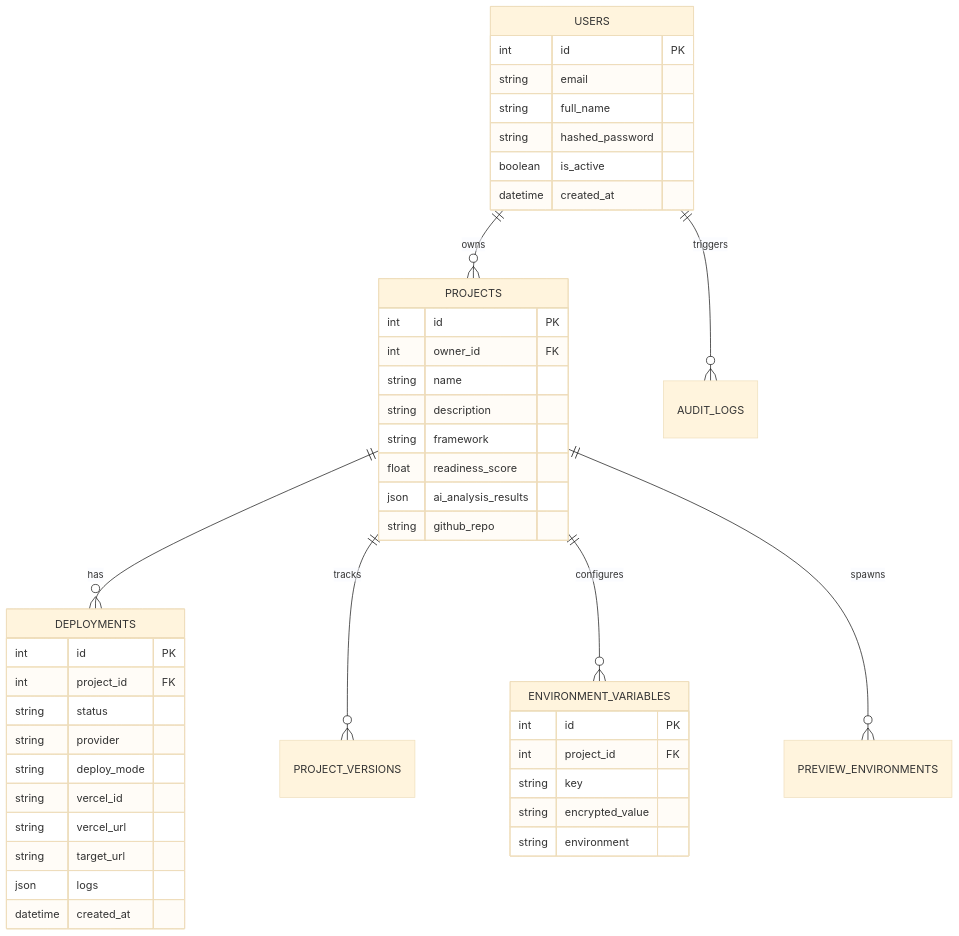
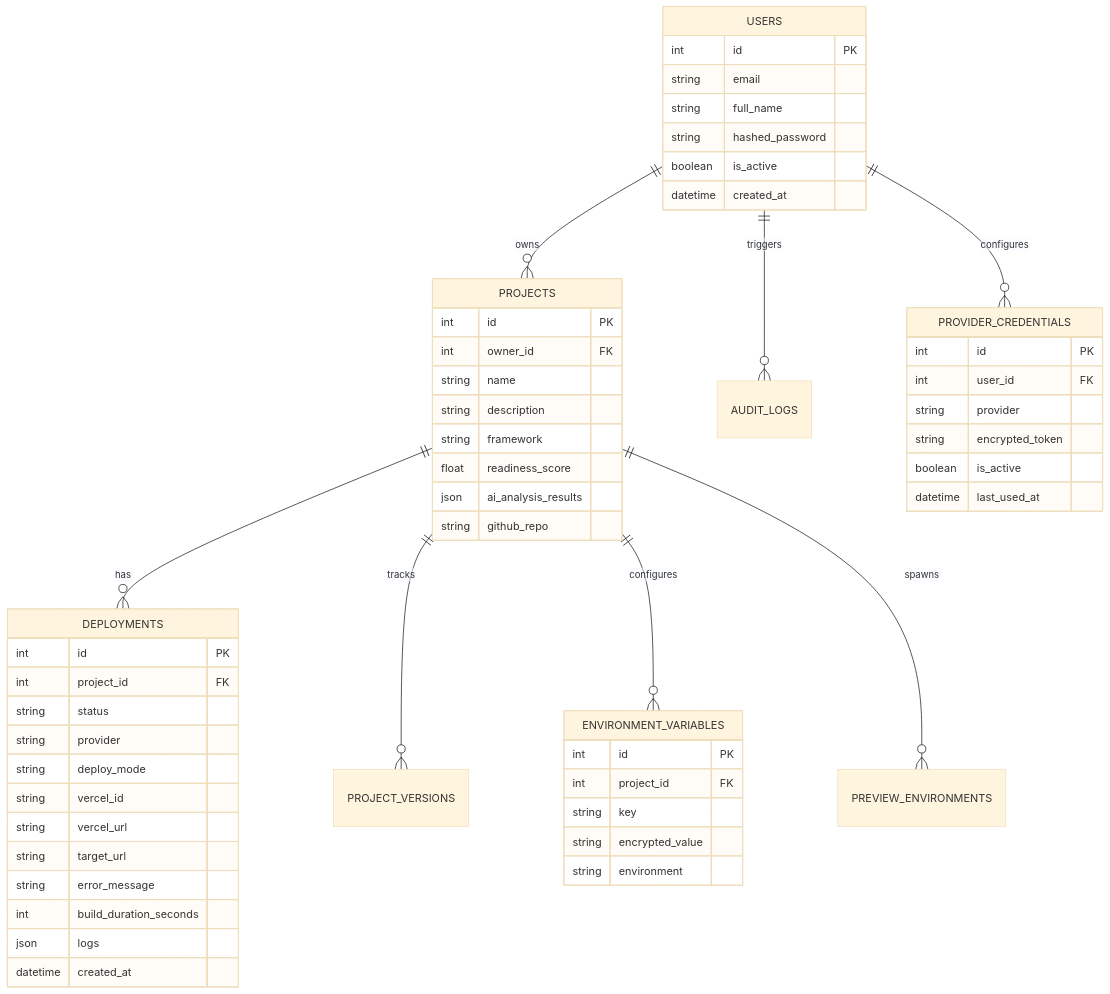
Before and after one commit to uwais12345/DeployMind-AI: the second of 2 diagrams in ARCHITECTURE.md, drawn with Mermaid (base theme). The commit also changed other lines of this file and 4 other files, not shown here.

Commit message:
docs: Final Architecture and README updates for Demo Readiness phase

````diff
--- a/ARCHITECTURE.md
+++ b/ARCHITECTURE.md
@@ -59,50 +61,62 @@
 ```mermaid
 erDiagram
     USERS ||--o{ PROJECTS : "owns"
     USERS ||--o{ AUDIT_LOGS : "triggers"
+    USERS ||--o{ PROVIDER_CREDENTIALS : "configures"
     PROJECTS ||--o{ DEPLOYMENTS : "has"
     PROJECTS ||--o{ PROJECT_VERSIONS : "tracks"
     PROJECTS ||--o{ ENVIRONMENT_VARIABLES : "configures"
     PROJECTS ||--o{ PREVIEW_ENVIRONMENTS : "spawns"
 
     USERS {
         int id PK
         string email
         string full_name
         string hashed_password
         boolean is_active
         datetime created_at
+    }
+
+    PROVIDER_CREDENTIALS {
+        int id PK
+        int user_id FK
+        string provider
+        string encrypted_token
+        boolean is_active
+        datetime last_used_at
     }
 
     PROJECTS {
         int id PK
         int owner_id FK
         string name
         string description
         string framework
         float readiness_score
         json ai_analysis_results
         string github_repo
     }
 
     DEPLOYMENTS {
         int id PK
         int project_id FK
         string status
         string provider
         string deploy_mode
         string vercel_id
         string vercel_url
         string target_url
+        string error_message
+        int build_duration_seconds
         json logs
         datetime created_at
     }
 
     ENVIRONMENT_VARIABLES {
         int id PK
         int project_id FK
         string key
         string encrypted_value
         string environment
     }
 ```
````
